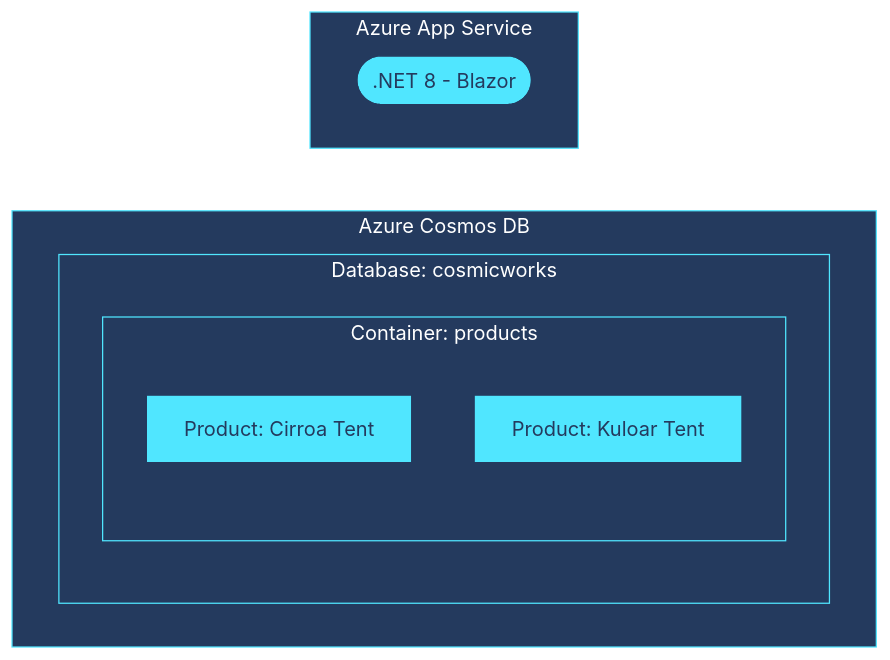
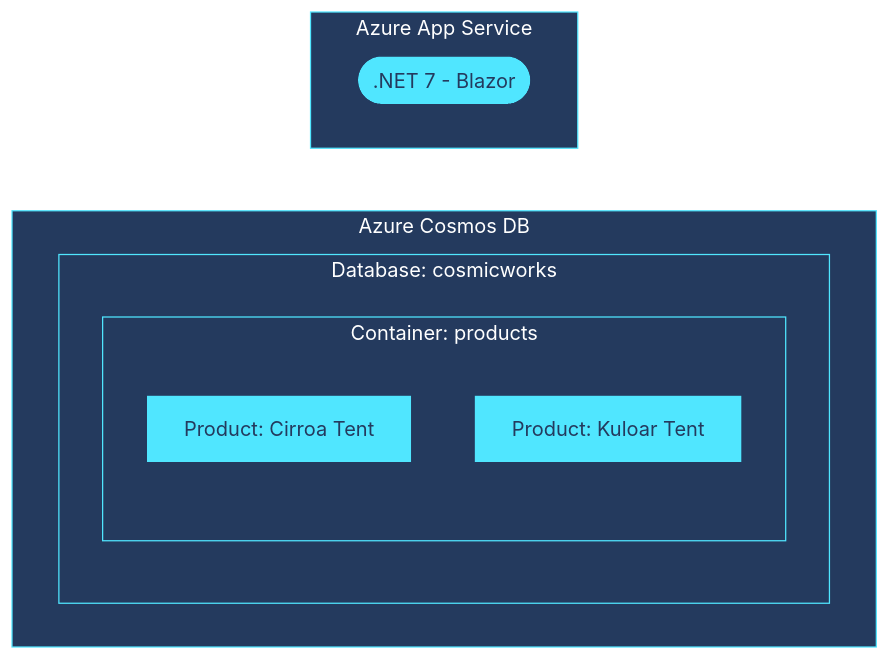
The diagram in readme.md (Azure-Samples/cosmos-db-nosql-dotnet-quickstart), drawn with Mermaid before and after one commit. The commit also changed other lines of this file and 5 other files, not shown here.

````diff
--- a/readme.md
+++ b/readme.md
@@ -48,16 +48,16 @@
 ```mermaid
 %%{ init: { 'theme': 'base', 'themeVariables': { 'background': '#243A5E', 'primaryColor': '#50E6FF', 'primaryBorderColor': '#243A5E', 'tertiaryBorderColor': '#50E6FF', 'tertiaryColor': '#243A5E', 'fontFamily': 'Segoe UI', 'lineColor': '#FFFFFF', 'primaryTextColor': '#243A5E', 'tertiaryTextColor': '#FFFFFF' } }}%%
 flowchart TB
     subgraph app-service[Azure App Service]
-        app-framework([.NET 8 - Blazor])
+        app-framework([.NET 7 - Blazor])
     end
     subgraph cosmos-db[Azure Cosmos DB]
         subgraph database-cosmicworks[Database: cosmicworks]
             subgraph container-products[Container: products]
                 prd-cirroa[Product: Cirroa Tent]
                 prd-kuloar[Product: Kuloar Tent]
             end
         end
     end
     app-service --> cosmos-db
 ```
````
